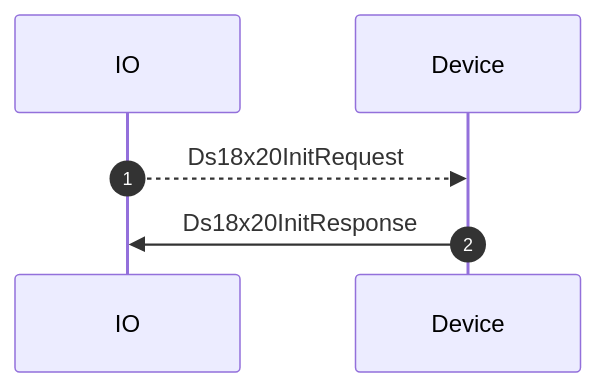
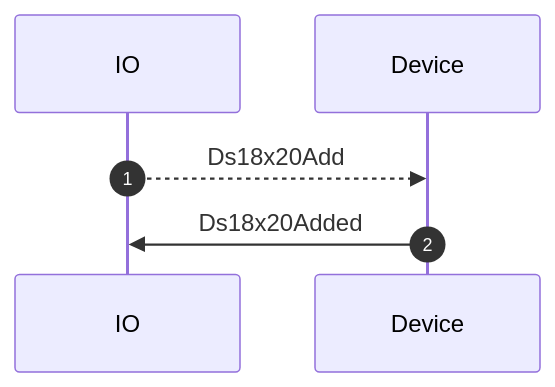
One commit to adafruit/Wippersnapper_Protobuf changed the first of 3 diagrams in proto/wippersnapper/docs/ds18x20.md. Above: the diagram before and after it, drawn with Mermaid. The commit also changed other lines of this file and 6 other files, not shown here.

````diff
--- a/proto/wippersnapper/docs/ds18x20.md
+++ b/proto/wippersnapper/docs/ds18x20.md
@@ -21,9 +21,9 @@
 ```mermaid
 
 sequenceDiagram
 
 autonumber
 
-IO-->>Device: Ds18x20InitRequest
-Device->>IO: Ds18x20InitResponse
+IO-->>Device: Ds18x20Add
+Device->>IO: Ds18x20Added
 ```
````
